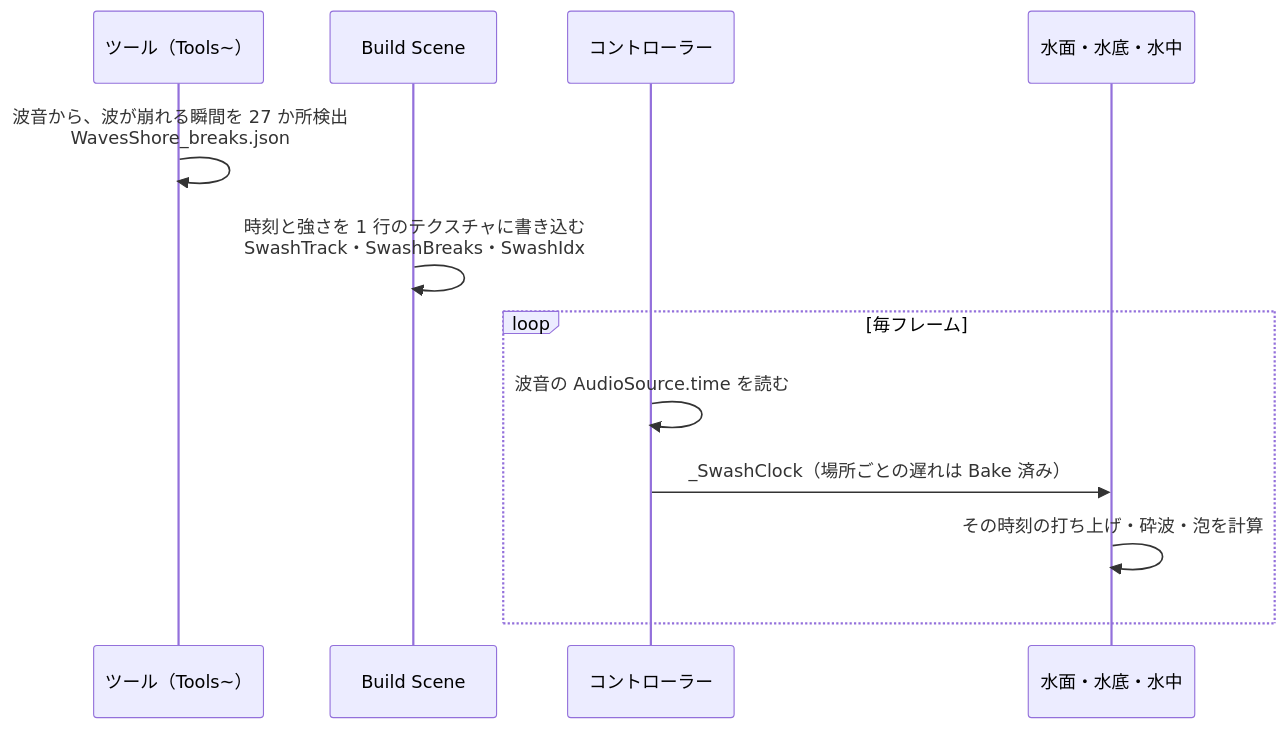
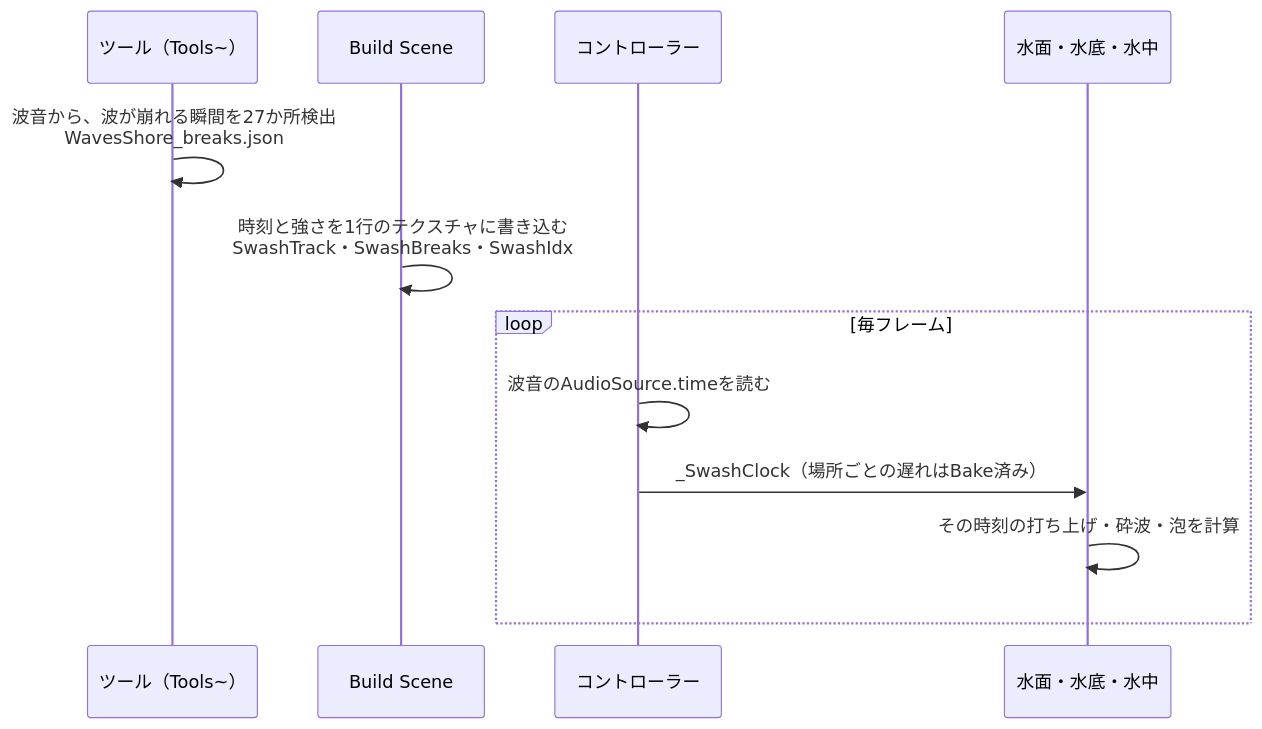
The sixth of 11 diagrams in docs/technical.md (bmbb93/clearwater-vrc), drawn with Mermaid before and after one commit. The commit also changed other lines of this file and 1 other file, not shown here.

````diff
--- a/docs/technical.md
+++ b/docs/technical.md
@@ -312,14 +312,14 @@
 ```mermaid
 sequenceDiagram
   participant T as ツール（Tools~）
   participant E as Build Scene
   participant C as コントローラー
   participant S as 水面・水底・水中
-  T->>T: 波音から、波が崩れる瞬間を 27 か所検出<br/>WavesShore_breaks.json
-  E->>E: 時刻と強さを 1 行のテクスチャに書き込む<br/>SwashTrack・SwashBreaks・SwashIdx
+  T->>T: 波音から、波が崩れる瞬間を27か所検出<br/>WavesShore_breaks.json
+  E->>E: 時刻と強さを1行のテクスチャに書き込む<br/>SwashTrack・SwashBreaks・SwashIdx
   loop 毎フレーム
-    C->>C: 波音の AudioSource.time を読む
-    C->>S: _SwashClock（場所ごとの遅れは Bake 済み）
+    C->>C: 波音のAudioSource.timeを読む
+    C->>S: _SwashClock（場所ごとの遅れはBake済み）
     S->>S: その時刻の打ち上げ・砕波・泡を計算
   end
 ```
````
